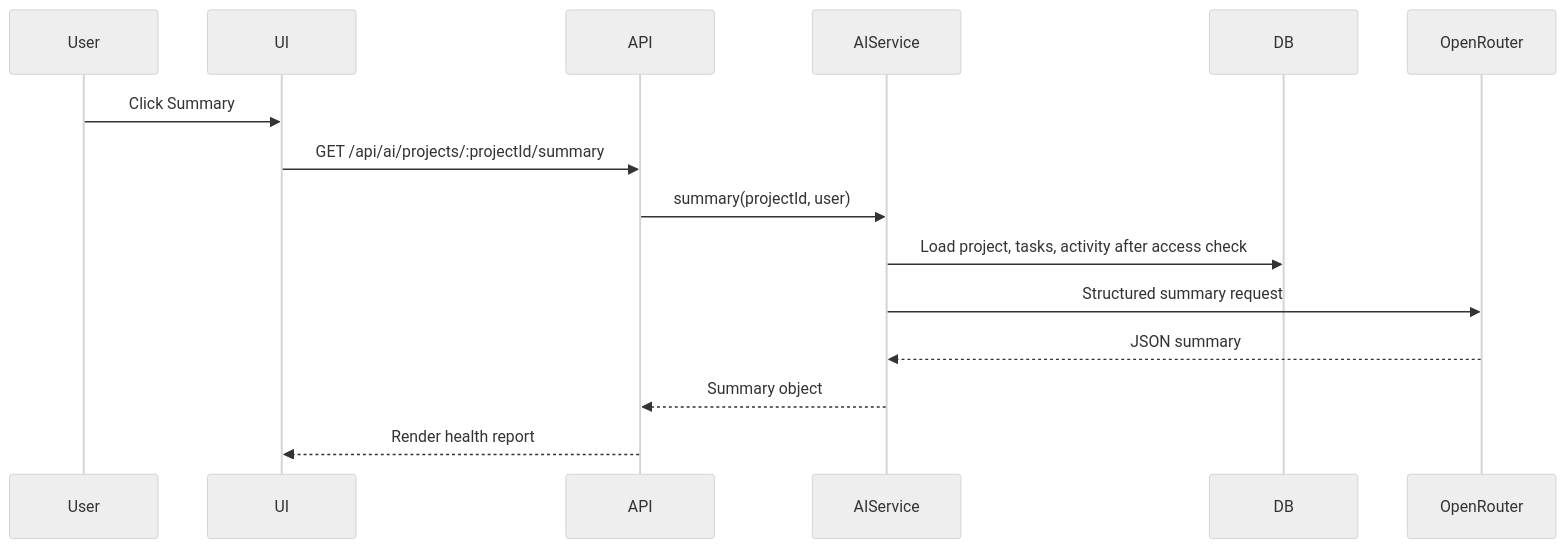
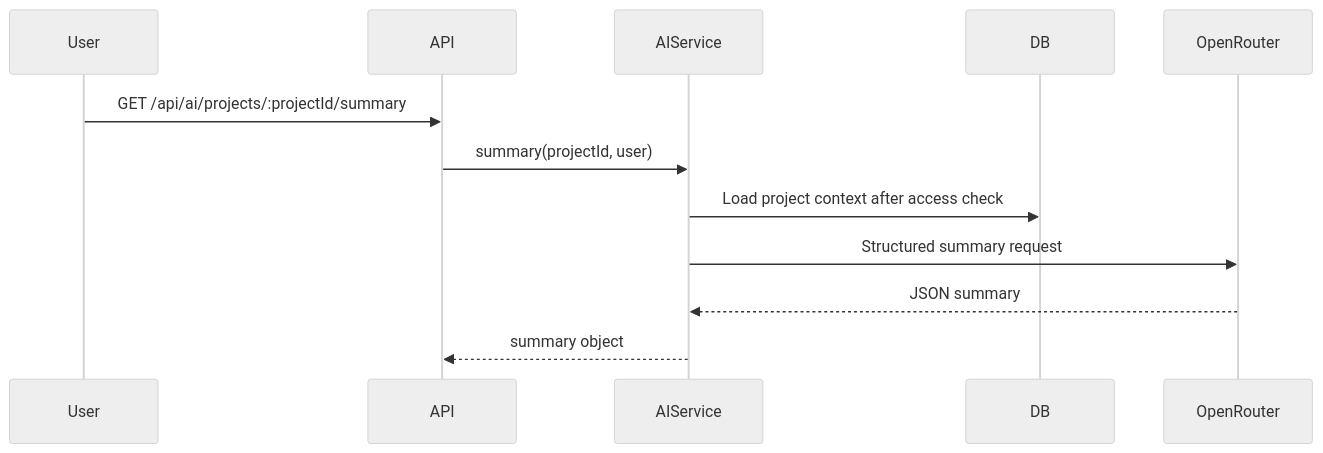
One commit to ashwanibaghel/WorkOS changed the fifth of 5 diagrams in docs/LLD.md. Above: the diagram before and after it, drawn with Mermaid (neutral theme). The commit also changed other lines of this file and 3 other files, not shown here.

````diff
--- a/docs/LLD.md
+++ b/docs/LLD.md
@@ -371,18 +480,15 @@
 ```mermaid
 sequenceDiagram
   participant User
-  participant UI
   participant API
   participant AIService
   participant DB
   participant OpenRouter
 
-  User->>UI: Click Summary
-  UI->>API: GET /api/ai/projects/:projectId/summary
+  User->>API: GET /api/ai/projects/:projectId/summary
   API->>AIService: summary(projectId, user)
-  AIService->>DB: Load project, tasks, activity after access check
+  AIService->>DB: Load project context after access check
   AIService->>OpenRouter: Structured summary request
   OpenRouter-->>AIService: JSON summary
-  AIService-->>API: Summary object
-  API-->>UI: Render health report
+  AIService-->>API: summary object
 ```
````
